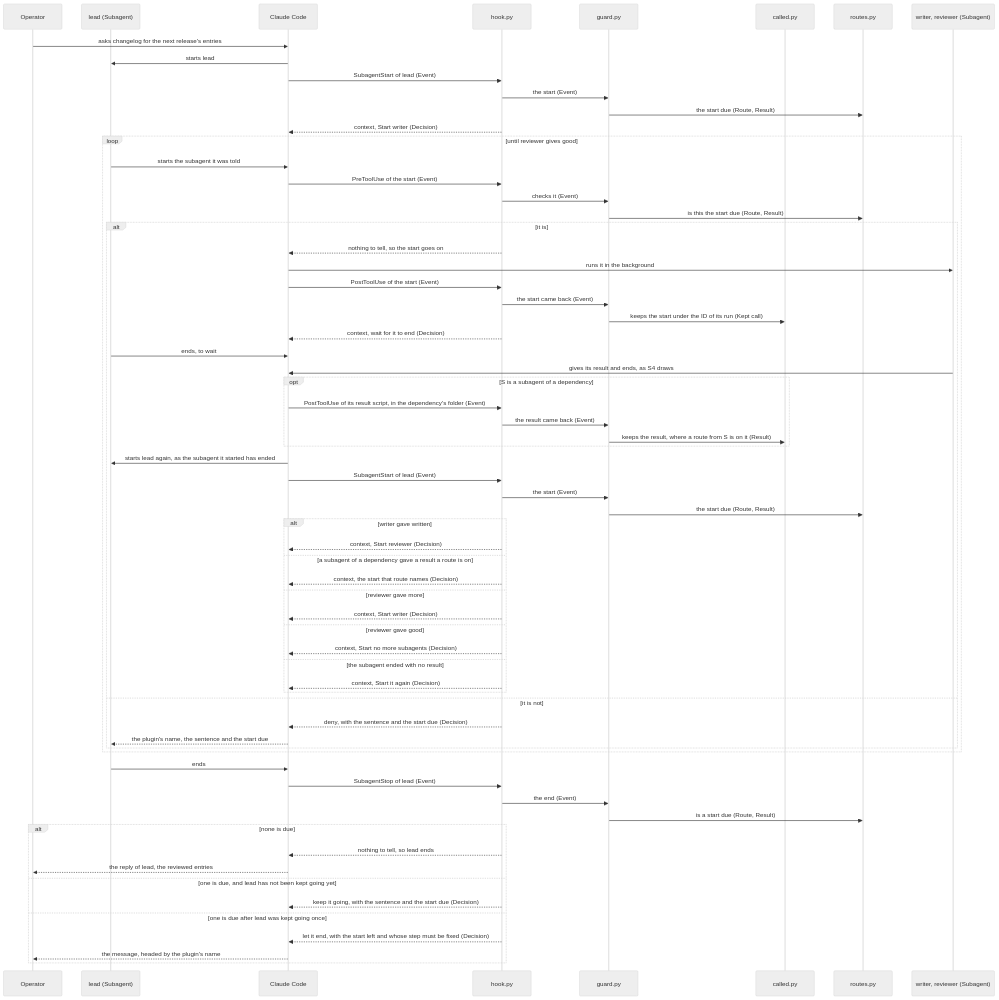
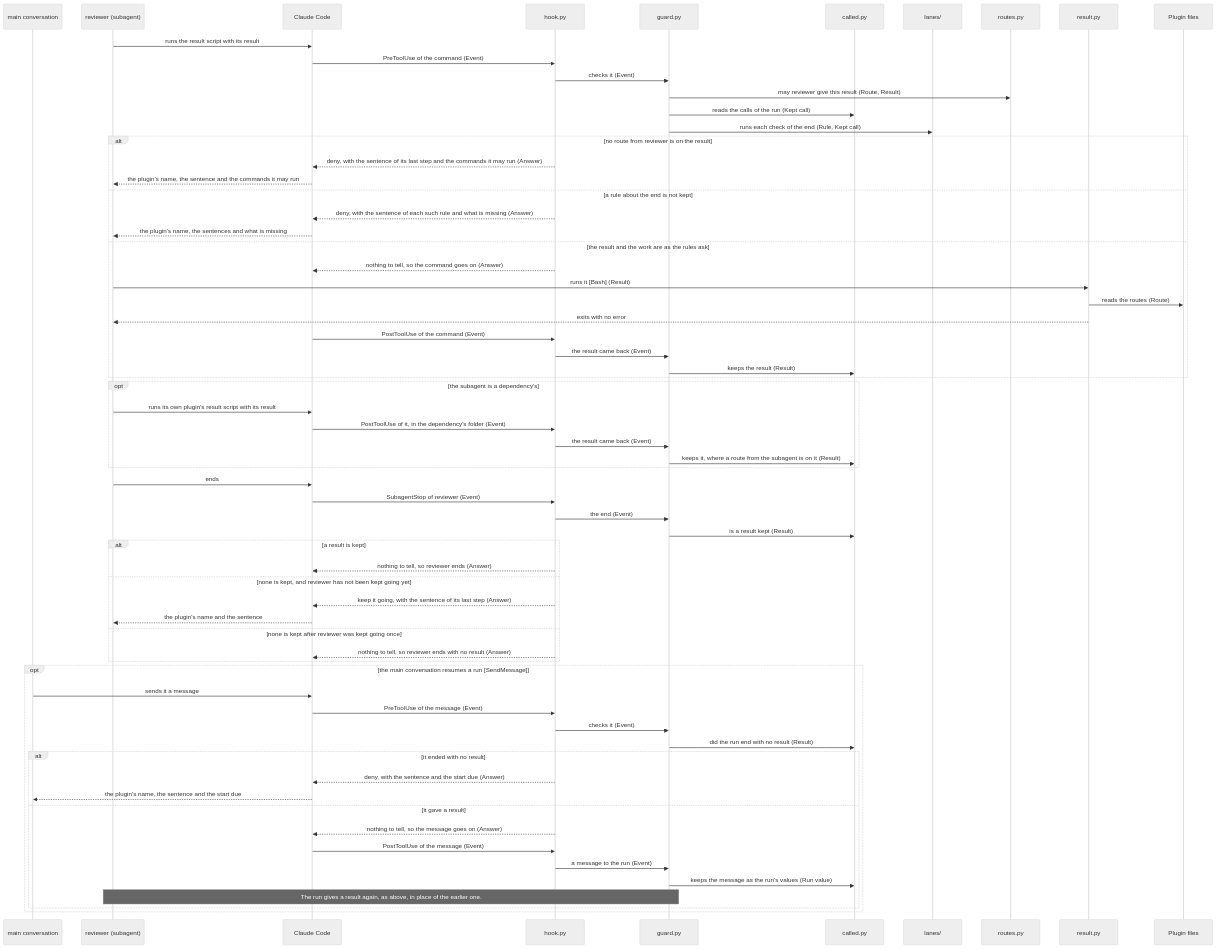
The fifth of 7 diagrams in dev/lane/architecture.md (lovaizu/ccpm), drawn with Mermaid (neutral theme) before and after one commit. The commit also changed other lines of this file and 5 other files, not shown here.

````diff
--- a/dev/lane/architecture.md
+++ b/dev/lane/architecture.md
@@ -449,69 +505,68 @@
 ```mermaid
 sequenceDiagram
-  participant OP as Operator
-  participant O as lead (Subagent)
+  participant M as main conversation
+  participant SA as reviewer (subagent)
   participant CC as Claude Code
   participant H as hook.py
   participant G as guard.py
   participant C as called.py
+  participant LN as lanes/
   participant RT as routes.py
-  participant S as writer, reviewer (Subagent)
-  OP->>CC: asks changelog for the next release's entries
-  CC->>O: starts lead
-  CC->>H: SubagentStart of lead (Event)
-  H->>G: the start (Event)
-  G->>RT: the start due (Route, Result)
-  H-->>CC: context, Start writer (Decision)
-  loop until reviewer gives good
-    O->>CC: starts the subagent it was told
-    CC->>H: PreToolUse of the start (Event)
+  participant RS as result.py
+  participant PF as Plugin files
+  SA->>CC: runs the result script with its result
+  CC->>H: PreToolUse of the command (Event)
+  H->>G: checks it (Event)
+  G->>RT: may reviewer give this result (Route, Result)
+  G->>C: reads the calls of the run (Kept call)
+  G->>LN: runs each check of the end (Rule, Kept call)
+  alt no route from reviewer is on the result
+    H-->>CC: deny, with the sentence of its last step and the commands it may run (Answer)
+    CC-->>SA: the plugin's name, the sentence and the commands it may run
+  else a rule about the end is not kept
+    H-->>CC: deny, with the sentence of each such rule and what is missing (Answer)
+    CC-->>SA: the plugin's name, the sentences and what is missing
+  else the result and the work are as the rules ask
+    H-->>CC: nothing to tell, so the command goes on (Answer)
+    SA->>RS: runs it [Bash] (Result)
+    RS->>PF: reads the routes (Route)
+    RS-->>SA: exits with no error
+    CC->>H: PostToolUse of the command (Event)
+    H->>G: the result came back (Event)
+    G->>C: keeps the result (Result)
+  end
+  opt the subagent is a dependency's
+    SA->>CC: runs its own plugin's result script with its result
+    CC->>H: PostToolUse of it, in the dependency's folder (Event)
+    H->>G: the result came back (Event)
+    G->>C: keeps it, where a route from the subagent is on it (Result)
+  end
+  SA->>CC: ends
+  CC->>H: SubagentStop of reviewer (Event)
+  H->>G: the end (Event)
+  G->>C: is a result kept (Result)
+  alt a result is kept
+    H-->>CC: nothing to tell, so reviewer ends (Answer)
+  else none is kept, and reviewer has not been kept going yet
+    H-->>CC: keep it going, with the sentence of its last step (Answer)
+    CC-->>SA: the plugin's name and the sentence
+  else none is kept after reviewer was kept going once
+    H-->>CC: nothing to tell, so reviewer ends with no result (Answer)
+  end
+  opt the main conversation resumes a run [SendMessage]
+    M->>CC: sends it a message
+    CC->>H: PreToolUse of the message (Event)
     H->>G: checks it (Event)
-    G->>RT: is this the start due (Route, Result)
-    alt it is
-      H-->>CC: nothing to tell, so the start goes on
-      CC->>S: runs it in the background
-      CC->>H: PostToolUse of the start (Event)
-      H->>G: the start came back (Event)
-      G->>C: keeps the start under the ID of its run (Kept call)
-      H-->>CC: context, wait for it to end (Decision)
-      O->>CC: ends, to wait
-      S->>CC: gives its result and ends, as S4 draws
-      opt S is a subagent of a dependency
-        CC->>H: PostToolUse of its result script, in the dependency's folder (Event)
-        H->>G: the result came back (Event)
-        G->>C: keeps the result, where a route from S is on it (Result)
-      end
-      CC->>O: starts lead again, as the subagent it started has ended
-      CC->>H: SubagentStart of lead (Event)
-      H->>G: the start (Event)
-      G->>RT: the start due (Route, Result)
-      alt writer gave written
-        H-->>CC: context, Start reviewer (Decision)
-      else a subagent of a dependency gave a result a route is on
-        H-->>CC: context, the start that route names (Decision)
-      else reviewer gave more
-        H-->>CC: context, Start writer (Decision)
-      else reviewer gave good
-        H-->>CC: context, Start no more subagents (Decision)
-      else the subagent ended with no result
-        H-->>CC: context, Start it again (Decision)
-      end
-    else it is not
-      H-->>CC: deny, with the sentence and the start due (Decision)
-      CC-->>O: the plugin's name, the sentence and the start due
+    G->>C: did the run end with no result (Result)
+    alt it ended with no result
+      H-->>CC: deny, with the sentence and the start due (Answer)
+      CC-->>M: the plugin's name, the sentence and the start due
+    else it gave a result
+      H-->>CC: nothing to tell, so the message goes on (Answer)
+      CC->>H: PostToolUse of the message (Event)
+      H->>G: a message to the run (Event)
+      G->>C: keeps the message as the run's values (Run value)
+      Note over SA,G: The run gives a result again, as above, in place of the earlier one.
     end
   end
-  O->>CC: ends
-  CC->>H: SubagentStop of lead (Event)
-  H->>G: the end (Event)
-  G->>RT: is a start due (Route, Result)
-  alt none is due
-    H-->>CC: nothing to tell, so lead ends
-    CC-->>OP: the reply of lead, the reviewed entries
-  else one is due, and lead has not been kept going yet
-    H-->>CC: keep it going, with the sentence and the start due (Decision)
-  else one is due after lead was kept going once
-    H-->>CC: let it end, with the start left and whose step must be fixed (Decision)
-    CC-->>OP: the message, headed by the plugin's name
-  end
 ```
````
